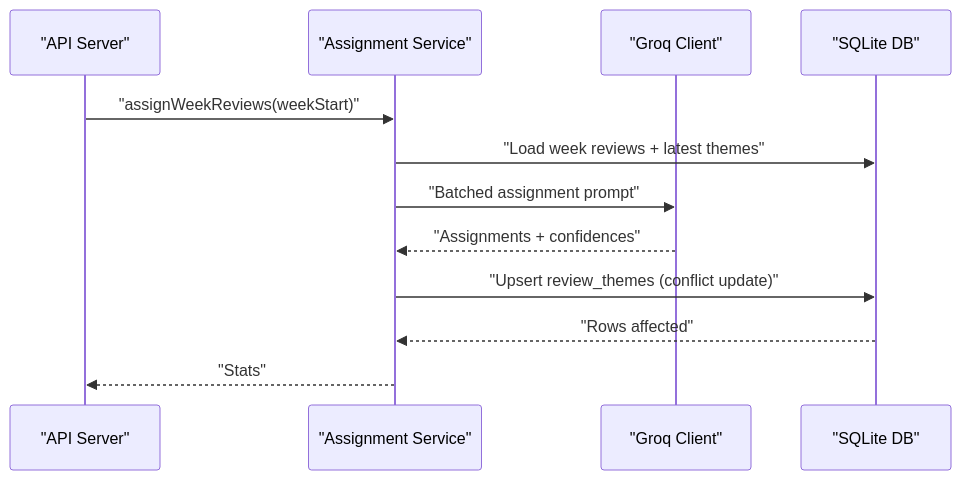
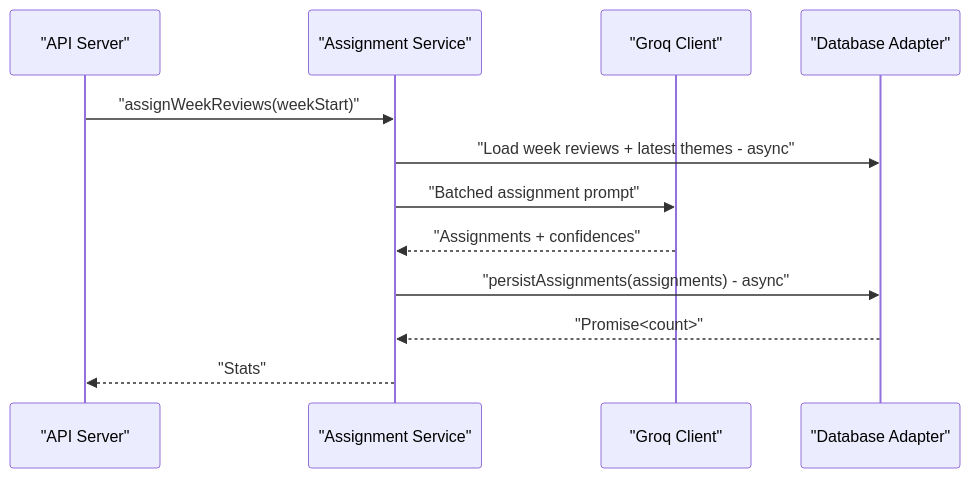
Before and after one commit to aravinthraj-ramalingam/Groww-App-Review-Insights-Analyzer-: the fifth of 9 diagrams in .qoder/repowiki/en/content/Phase 2_ Advanced Analytics & Automation/Theme Generation & Management.md, drawn with Mermaid. The commit also changed other lines of this file and 10 other files, not shown here.

````diff
--- a/.qoder/repowiki/en/content/Phase 2_ Advanced Analytics & Automation/Theme Generation & Management.md
+++ b/.qoder/repowiki/en/content/Phase 2_ Advanced Analytics & Automation/Theme Generation & Management.md
@@ -274,14 +331,14 @@
 ```mermaid
 sequenceDiagram
 participant API as "API Server"
 participant AS as "Assignment Service"
 participant LLM as "Groq Client"
-participant DB as "SQLite DB"
+participant DB as "Database Adapter"
 API->>AS : "assignWeekReviews(weekStart)"
-AS->>DB : "Load week reviews + latest themes"
+AS->>DB : "Load week reviews + latest themes - async"
 AS->>LLM : "Batched assignment prompt"
 LLM-->>AS : "Assignments + confidences"
-AS->>DB : "Upsert review_themes (conflict update)"
-DB-->>AS : "Rows affected"
+AS->>DB : "persistAssignments(assignments) - async"
+DB-->>AS : "Promise<count>"
 AS-->>API : "Stats"
 ```
````
